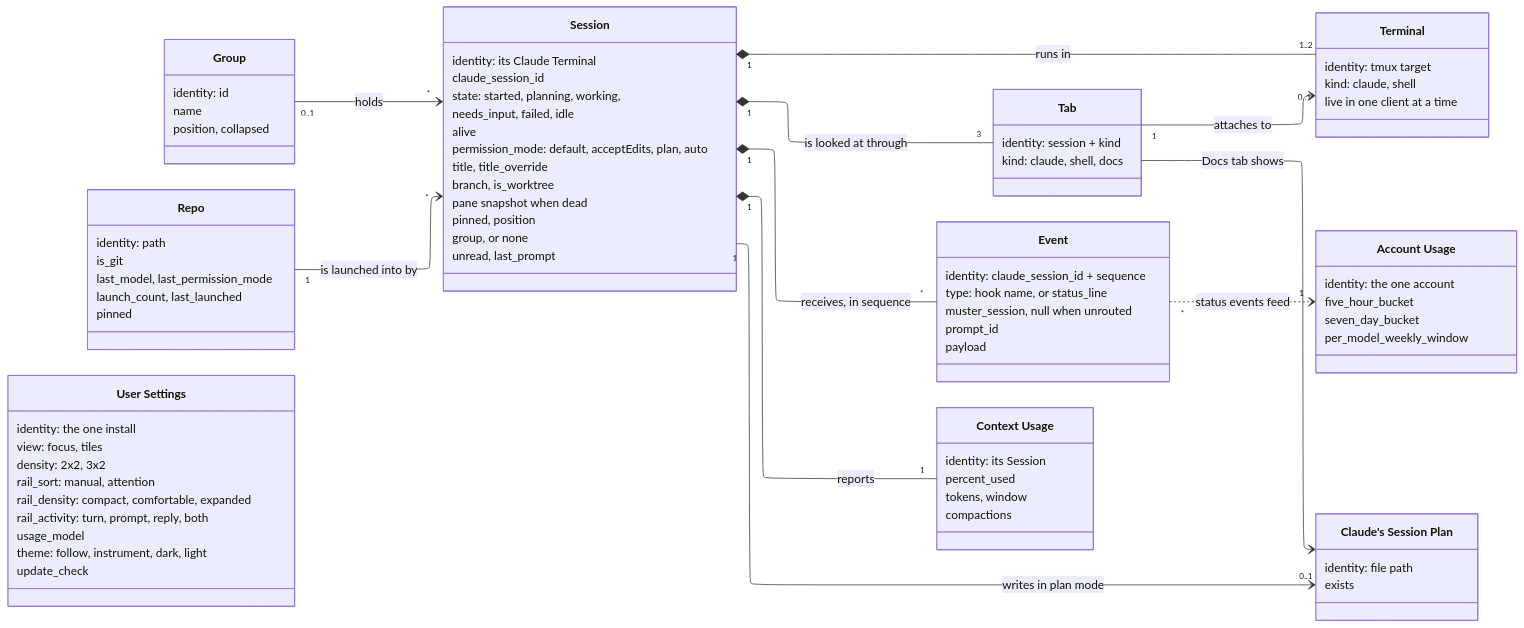
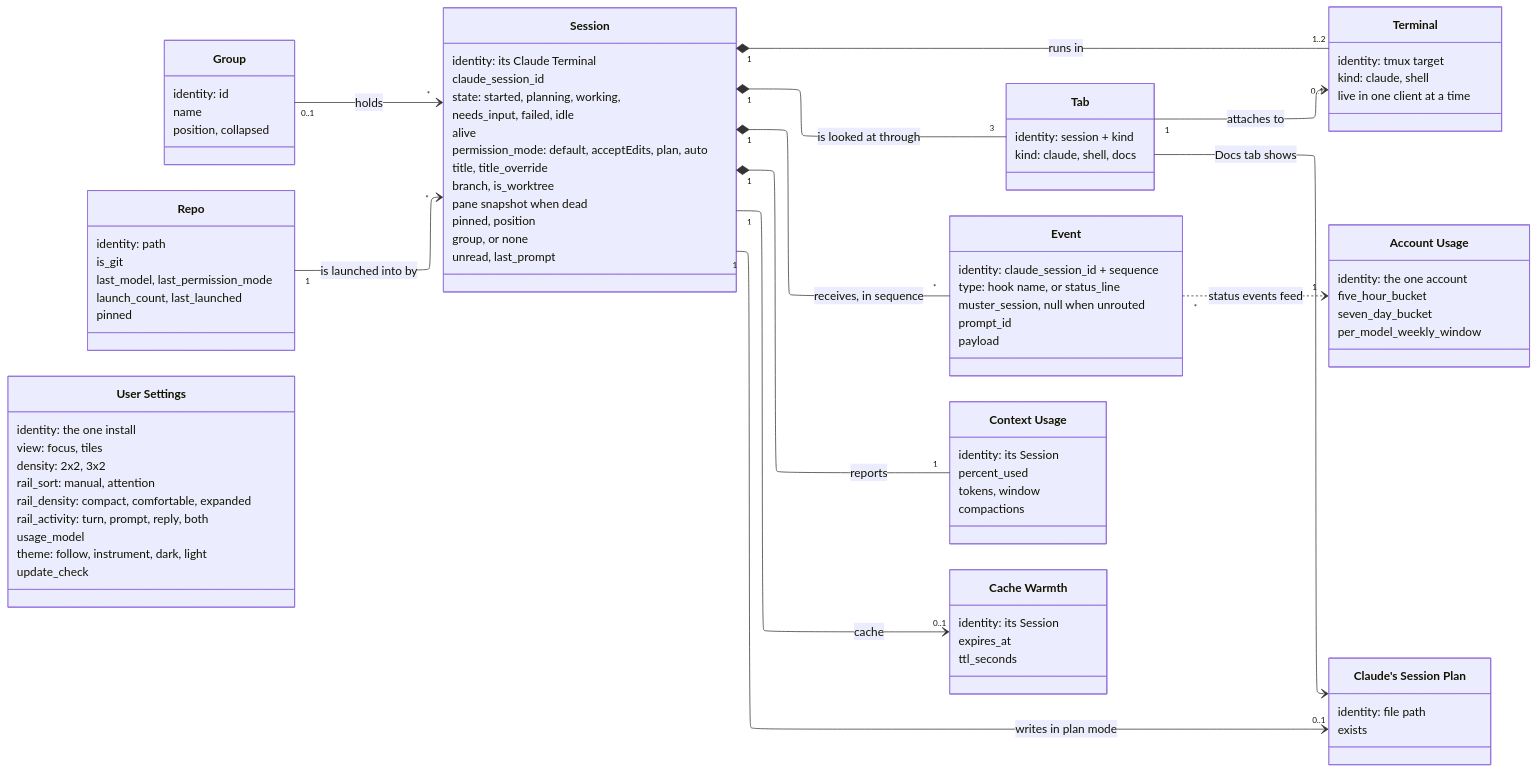
Before and after one commit to Zalaras/muster: the diagram in docs/diagrams/domain-model.md, drawn with Mermaid. The commit also changed other lines of this file and 139 other files, not shown here.

First line of the commit message:
feat(rail): card right-click menu, drag into groups, cache-warmth timers (closes #56, closes #77, closes #84)

```diff
--- a/docs/diagrams/domain-model.md
+++ b/docs/diagrams/domain-model.md
@@ -83,6 +83,11 @@
         tokens, window
         compactions
     }
+    class CacheWarmth["Cache Warmth"] {
+        identity: its Session
+        expires_at
+        ttl_seconds
+    }
     class AccountUsage["Account Usage"] {
         identity: the one account
         five_hour_bucket
@@ -109,6 +114,7 @@
     Session "1" *-- "1..2" Terminal : runs in
     Session "1" *-- "*" Event : receives, in sequence
     Session "1" *-- "1" ContextUsage : reports
+    Session "1" --> "0..1" CacheWarmth : cache
     Session "1" --> "0..1" ClaudesSessionPlan : writes in plan mode
     Session "1" *-- "3" Tab : is looked at through
     Tab "1" --> "0..1" Terminal : attaches to
```
